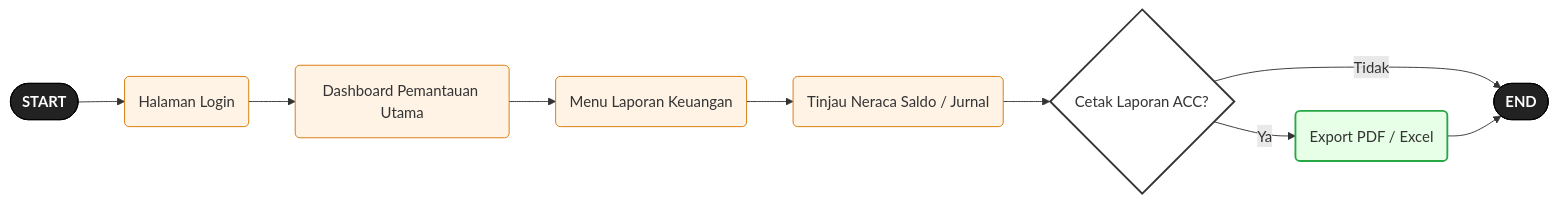
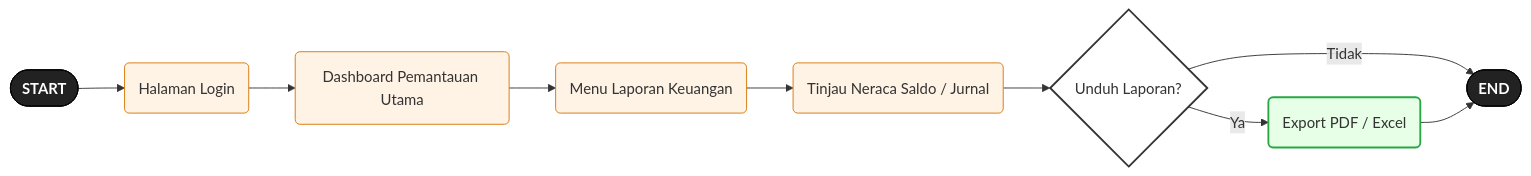
Before and after one commit to mbkmmagang26/PDAM_seruyan: the eighth of 19 diagrams in ANALISIS_PERANCANGAN_SISTEM.md, drawn with Mermaid. The commit also changed other lines of this file, not shown here.

````diff
--- a/ANALISIS_PERANCANGAN_SISTEM.md
+++ b/ANALISIS_PERANCANGAN_SISTEM.md
@@ -251,20 +251,20 @@
 ```mermaid
 flowchart LR
     S_START([START]) --> A(Halaman Login)
     A --> B(Dashboard Pemantauan Utama)
     B --> C(Menu Laporan Keuangan)
     C --> D(Tinjau Neraca Saldo / Jurnal)
-    D --> E{Cetak Laporan ACC?}
+    D --> E{Unduh Laporan?}
     E -- Ya --> F(Export PDF / Excel)
     E -- Tidak --> S_END([END])
     F --> S_END
 
     style S_START fill:#222,stroke:#000,color:#fff,font-weight:bold
     style S_END fill:#222,stroke:#000,color:#fff,font-weight:bold
     style A fill:#fff3e6,stroke:#d97706
     style B fill:#fff3e6,stroke:#d97706
     style C fill:#fff3e6,stroke:#d97706
     style D fill:#fff3e6,stroke:#d97706
     style E fill:#fff,stroke:#333,stroke-width:2px
     style F fill:#e6ffe6,stroke:#28a745,stroke-width:2px
 ```
````
